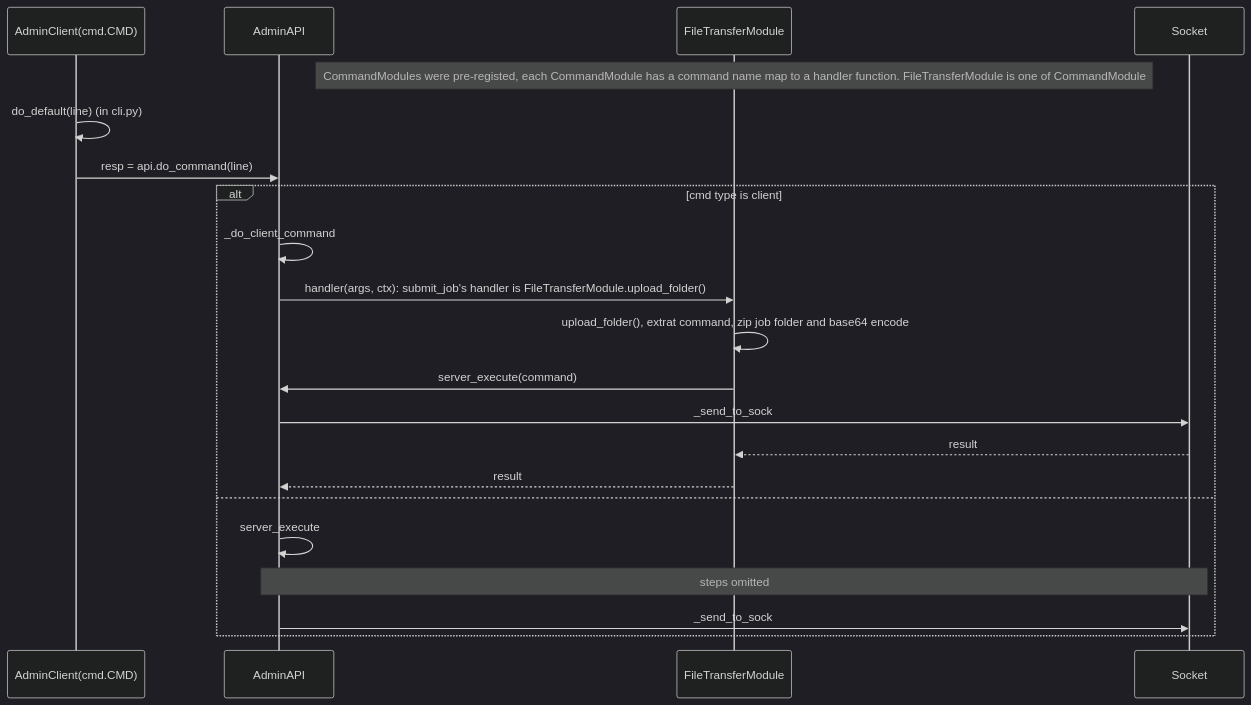
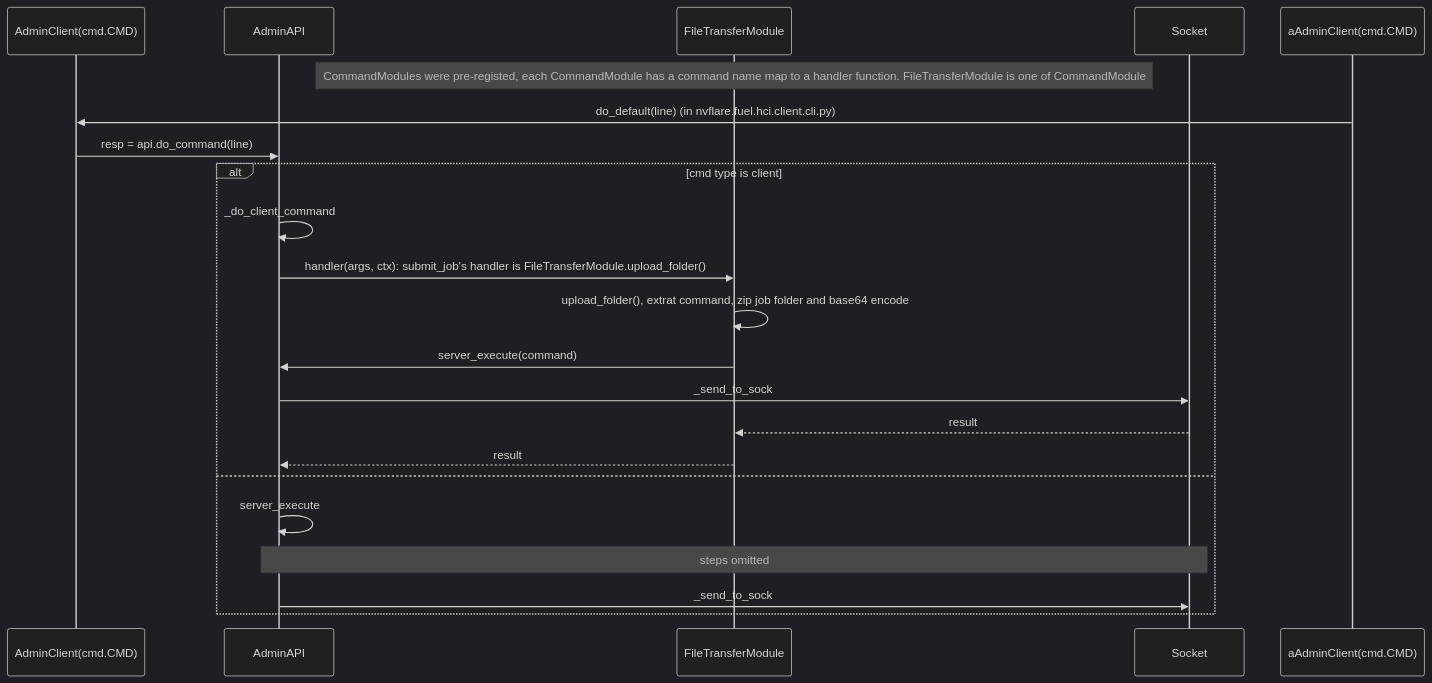
Before and after one commit to hitesh-ag1/NVFlare: the seventh of 16 diagrams in docs/system_state_and_flow/system_workflow.md, drawn with Mermaid (dark theme). The commit also changed other lines of this file, not shown here.

Commit message:
Complete the job process sequence diagram

````diff
--- a/docs/system_state_and_flow/system_workflow.md
+++ b/docs/system_state_and_flow/system_workflow.md
@@ -169,26 +170,26 @@
 ```mermaid
 sequenceDiagram
     participant AdminClient(cmd.CMD)
     participant AdminAPI 
     participant FileTransferModule
     Note over FileTransferModule: CommandModules were pre-registed, each CommandModule has a command name map to a handler function. FileTransferModule is one of CommandModule   
    
     participant Socket 
     
-    AdminClient(cmd.CMD)->> AdminClient(cmd.CMD) : do_default(line) (in cli.py)
+    aAdminClient(cmd.CMD)->> AdminClient(cmd.CMD) : do_default(line) (in nvflare.fuel.hci.client.cli.py)
     AdminClient(cmd.CMD)->> AdminAPI : resp = api.do_command(line)
     alt cmd type is client
         AdminAPI ->> AdminAPI: _do_client_command
         AdminAPI ->> FileTransferModule: handler(args, ctx): submit_job's handler is FileTransferModule.upload_folder()
         FileTransferModule ->> FileTransferModule: upload_folder(), extrat command, zip job folder and base64 encode
         FileTransferModule ->> AdminAPI: server_execute(command)
         AdminAPI ->> Socket: _send_to_sock
         Socket -->> FileTransferModule: result
         FileTransferModule -->> AdminAPI: result
         
     else
         AdminAPI ->> AdminAPI: server_execute
         note over AdminAPI, Socket : steps omitted 
         AdminAPI ->> Socket: _send_to_sock
     end
 ```
````
